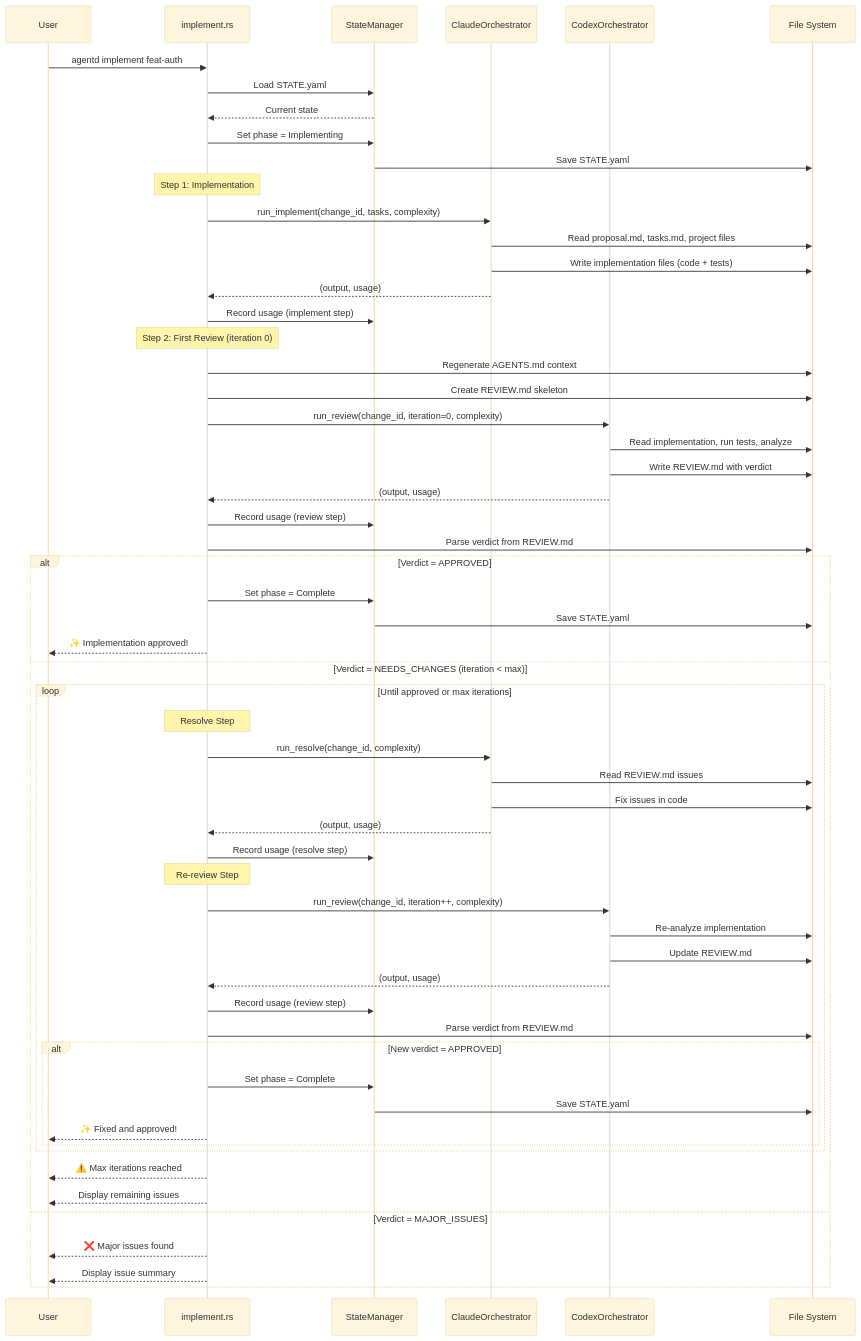
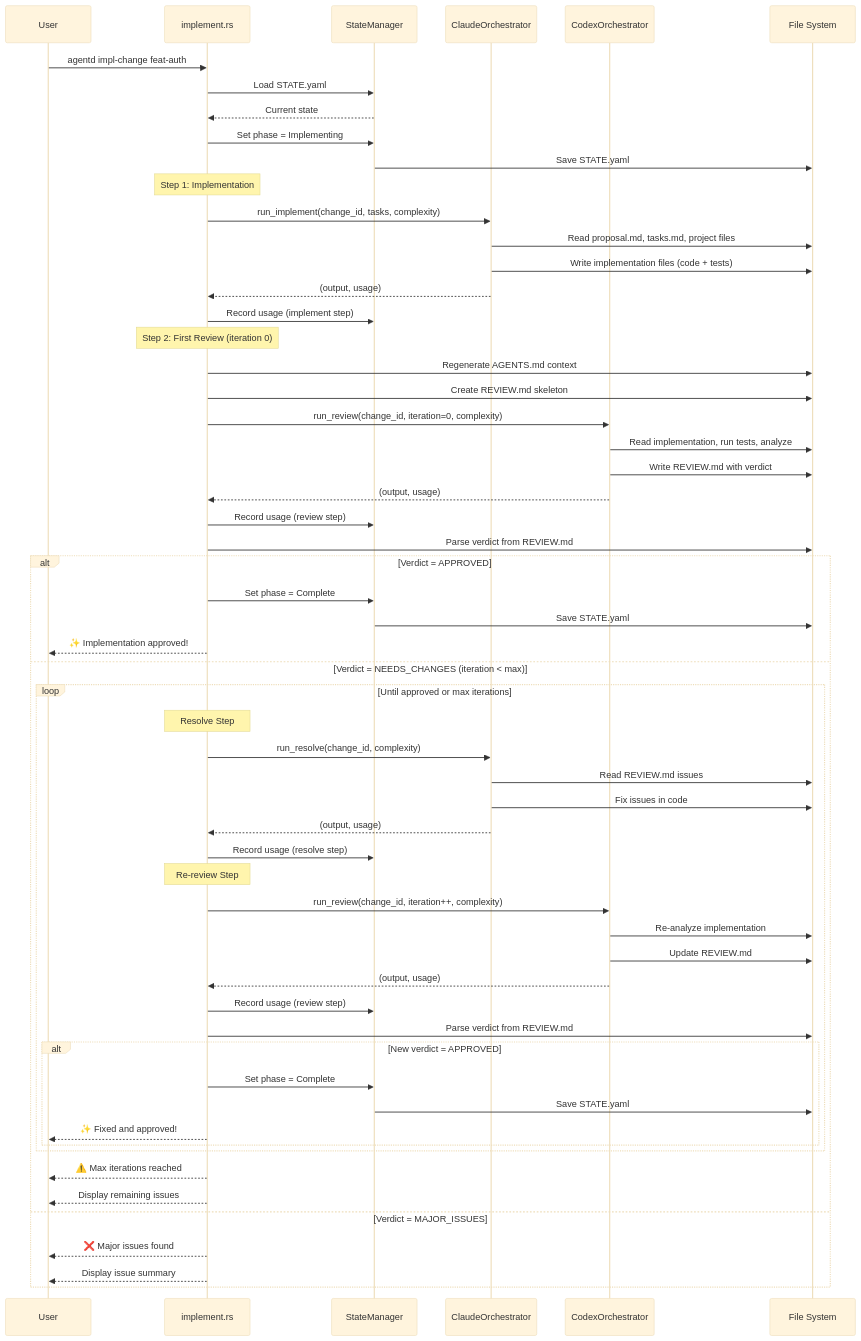
One commit to chrischeng-c4/agentd changed the first of 2 diagrams in agentd/specs/commands/core/implement.md. Above: the diagram before and after it, drawn with Mermaid (base theme). The commit also changed other lines of this file and 108 other files, not shown here.

````diff
--- a/agentd/specs/commands/core/implement.md
+++ b/agentd/specs/commands/core/implement.md
@@ -95,66 +95,66 @@
 ```mermaid
 sequenceDiagram
     participant U as User
     participant CLI as implement.rs
     participant SM as StateManager
     participant Claude as ClaudeOrchestrator
     participant Codex as CodexOrchestrator
     participant FS as File System
 
-    U->>CLI: agentd implement feat-auth
+    U->>CLI: agentd impl-change feat-auth
     CLI->>SM: Load STATE.yaml
     SM-->>CLI: Current state
     CLI->>SM: Set phase = Implementing
     SM->>FS: Save STATE.yaml
 
     Note over CLI: Step 1: Implementation
     CLI->>Claude: run_implement(change_id, tasks, complexity)
     Claude->>FS: Read proposal.md, tasks.md, project files
     Claude->>FS: Write implementation files (code + tests)
     Claude-->>CLI: (output, usage)
     CLI->>SM: Record usage (implement step)
 
     Note over CLI: Step 2: First Review (iteration 0)
     CLI->>FS: Regenerate AGENTS.md context
     CLI->>FS: Create REVIEW.md skeleton
     CLI->>Codex: run_review(change_id, iteration=0, complexity)
     Codex->>FS: Read implementation, run tests, analyze
     Codex->>FS: Write REVIEW.md with verdict
     Codex-->>CLI: (output, usage)
     CLI->>SM: Record usage (review step)
     CLI->>FS: Parse verdict from REVIEW.md
 
     alt Verdict = APPROVED
         CLI->>SM: Set phase = Complete
         SM->>FS: Save STATE.yaml
         CLI-->>U: ✨ Implementation approved!
     else Verdict = NEEDS_CHANGES (iteration < max)
         loop Until approved or max iterations
             Note over CLI: Resolve Step
             CLI->>Claude: run_resolve(change_id, complexity)
             Claude->>FS: Read REVIEW.md issues
             Claude->>FS: Fix issues in code
             Claude-->>CLI: (output, usage)
             CLI->>SM: Record usage (resolve step)
 
             Note over CLI: Re-review Step
             CLI->>Codex: run_review(change_id, iteration++, complexity)
             Codex->>FS: Re-analyze implementation
             Codex->>FS: Update REVIEW.md
             Codex-->>CLI: (output, usage)
             CLI->>SM: Record usage (review step)
             CLI->>FS: Parse verdict from REVIEW.md
 
             alt New verdict = APPROVED
                 CLI->>SM: Set phase = Complete
                 SM->>FS: Save STATE.yaml
                 CLI-->>U: ✨ Fixed and approved!
             end
         end
         CLI-->>U: ⚠️ Max iterations reached
         CLI-->>U: Display remaining issues
     else Verdict = MAJOR_ISSUES
         CLI-->>U: ❌ Major issues found
         CLI-->>U: Display issue summary
     end
 ```
````
